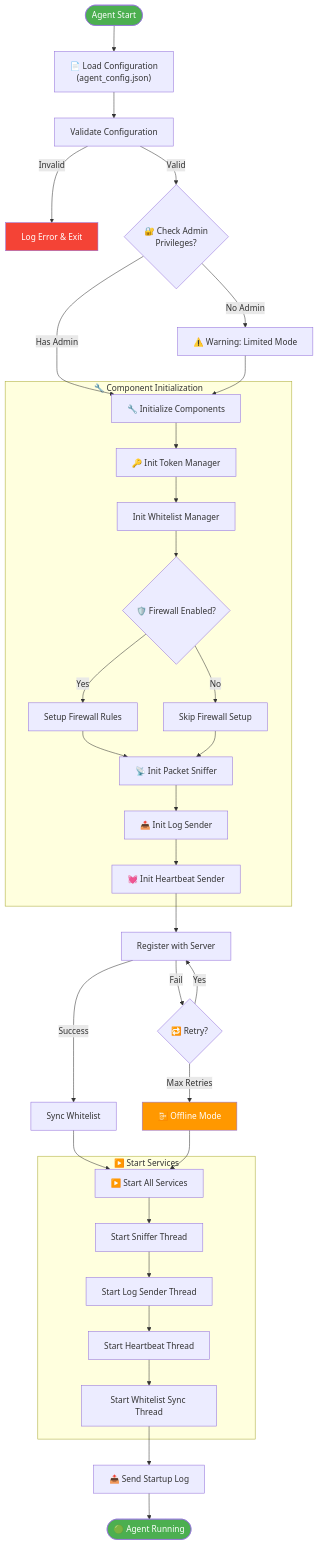
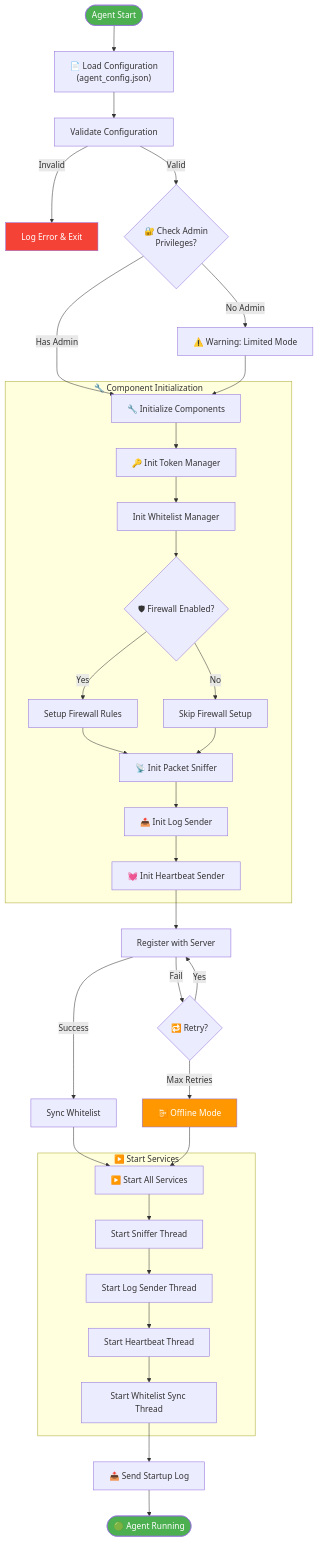
One commit to Son0ngu/Centralized_Network_Access_Control_System_for_Computer_Labs changed the second of 13 diagrams in docs/diagrams/FLOW_DIAGRAMS.md. Above: the diagram before and after it, drawn with Mermaid. The commit also changed other lines of this file and 17 other files, not shown here.

````diff
--- a/docs/diagrams/FLOW_DIAGRAMS.md
+++ b/docs/diagrams/FLOW_DIAGRAMS.md
@@ -84,53 +84,53 @@
 ```mermaid
 flowchart TD
     START([Agent Start]) --> LOAD_CONFIG["📄 Load Configuration<br/>(agent_config.json)"]
     
     LOAD_CONFIG --> VALIDATE["Validate Configuration"]
     VALIDATE --> |Invalid| ERROR_CONFIG["Log Error & Exit"]
     VALIDATE --> |Valid| CHECK_ADMIN{"🔐 Check Admin<br/>Privileges?"}
     
     CHECK_ADMIN --> |No Admin| WARN_ADMIN["⚠️ Warning: Limited Mode"]
     CHECK_ADMIN --> |Has Admin| INIT_COMPONENTS["🔧 Initialize Components"]
     WARN_ADMIN --> INIT_COMPONENTS
     
     subgraph "🔧 Component Initialization"
         INIT_COMPONENTS --> INIT_TOKEN["🔑 Init Token Manager"]
         INIT_TOKEN --> INIT_WHITELIST["Init Whitelist Manager"]
-        INIT_WHITELIST --> INIT_FIREWALL{"🛡️ Firewall Enabled?"}
+        INIT_WHITELIST --> INIT_FIREWALL{"🛡 Firewall Enabled?"}
         
         INIT_FIREWALL --> |Yes| SETUP_FW["Setup Firewall Rules"]
         INIT_FIREWALL --> |No| SKIP_FW["Skip Firewall Setup"]
         
         SETUP_FW --> INIT_SNIFFER
         SKIP_FW --> INIT_SNIFFER["📡 Init Packet Sniffer"]
         
         INIT_SNIFFER --> INIT_LOGSENDER["📤 Init Log Sender"]
         INIT_LOGSENDER --> INIT_HEARTBEAT["💓 Init Heartbeat Sender"]
     end
     
     INIT_HEARTBEAT --> REGISTER["Register with Server"]
     
     REGISTER --> |Success| SYNC_WL["Sync Whitelist"]
     REGISTER --> |Fail| RETRY_REG{"🔁 Retry?"}
     
     RETRY_REG --> |Yes| REGISTER
     RETRY_REG --> |Max Retries| OFFLINE_MODE["📴 Offline Mode"]
     
     SYNC_WL --> START_SERVICES["▶️ Start All Services"]
     OFFLINE_MODE --> START_SERVICES
     
     subgraph "▶️ Start Services"
         START_SERVICES --> SVC_SNIFFER["Start Sniffer Thread"]
         SVC_SNIFFER --> SVC_LOGSENDER["Start Log Sender Thread"]
         SVC_LOGSENDER --> SVC_HEARTBEAT["Start Heartbeat Thread"]
         SVC_HEARTBEAT --> SVC_WHITELIST["Start Whitelist Sync Thread"]
     end
     
     SVC_WHITELIST --> SEND_STARTUP["📤 Send Startup Log"]
     SEND_STARTUP --> RUNNING([🟢 Agent Running])
     
     style START fill:#4CAF50,color:#fff
     style RUNNING fill:#4CAF50,color:#fff
     style ERROR_CONFIG fill:#f44336,color:#fff
     style OFFLINE_MODE fill:#FF9800,color:#fff
 ```
````
